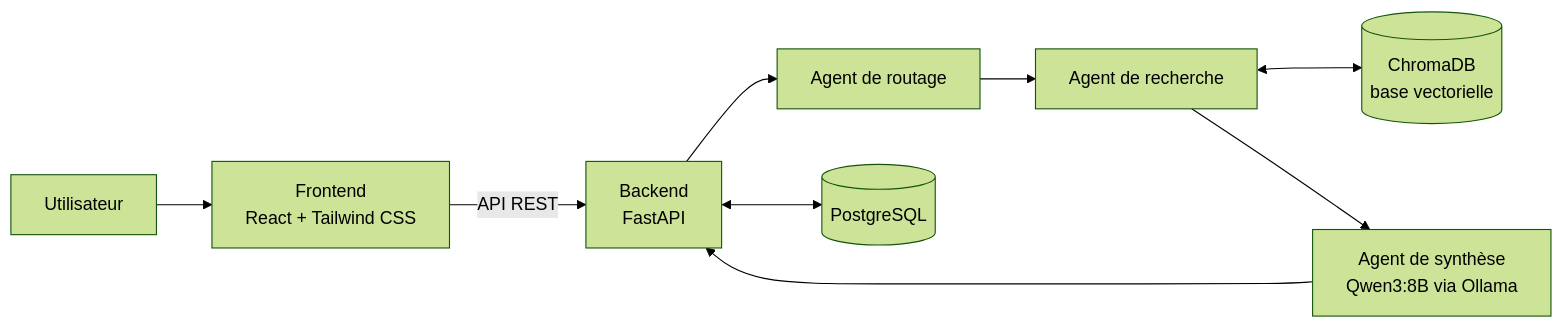
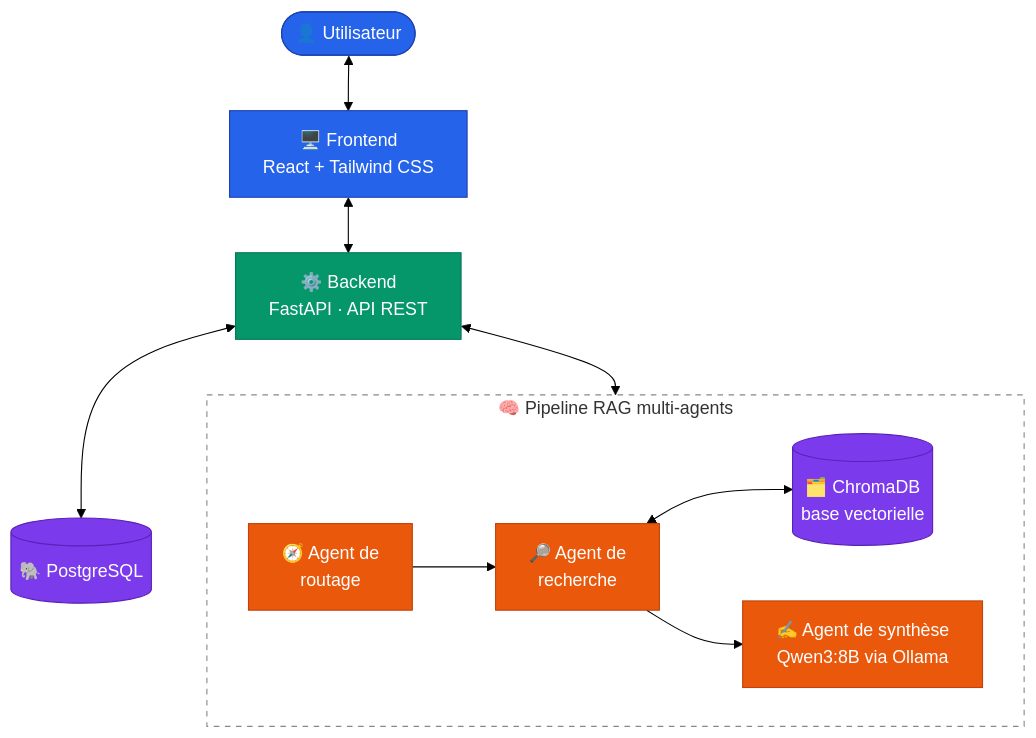
Before and after one commit to amenallahnjima15/Genove: the diagram in README.md, drawn with Mermaid (forest theme).

Commit message:
Revise architecture diagram and RAG pipeline details
Updated the architecture diagram to a new format and added details about the RAG pipeline.

````diff
--- a/README.md
+++ b/README.md
@@ -39,11 +39,29 @@
 ```mermaid
-flowchart LR
-    U["Utilisateur"] --> F["Frontend<br/>React + Tailwind CSS"]
-    F -->|"API REST"| B["Backend<br/>FastAPI"]
-    B --> A1["Agent de routage"]
-    A1 --> A2["Agent de recherche"]
-    A2 <--> C[("ChromaDB<br/>base vectorielle")]
-    A2 --> A3["Agent de synthèse<br/>Qwen3:8B via Ollama"]
-    A3 --> B
-    B <--> P[("PostgreSQL")]
+flowchart TB
+    U(["👤 Utilisateur"])
+    F["🖥️ Frontend<br/>React + Tailwind CSS"]
+    B["⚙️ Backend<br/>FastAPI · API REST"]
+    P[("🐘 PostgreSQL")]
+
+    subgraph RAG ["🧠 Pipeline RAG multi-agents"]
+        direction LR
+        A1["🧭 Agent de<br/>routage"] --> A2["🔎 Agent de<br/>recherche"]
+        A2 <--> C[("🗂️ ChromaDB<br/>base vectorielle")]
+        A2 --> A3["✍️ Agent de synthèse<br/>Qwen3:8B via Ollama"]
+    end
+
+    U <--> F
+    F <--> B
+    B <--> P
+    B <--> RAG
+
+    classDef front fill:#2563eb,stroke:#1e40af,color:#fff
+    classDef back fill:#059669,stroke:#047857,color:#fff
+    classDef db fill:#7c3aed,stroke:#5b21b6,color:#fff
+    classDef agent fill:#ea580c,stroke:#c2410c,color:#fff
+    class U,F front
+    class B back
+    class P,C db
+    class A1,A2,A3 agent
+    style RAG fill:transparent,stroke:#888,stroke-dasharray:5 5
 ```
````
